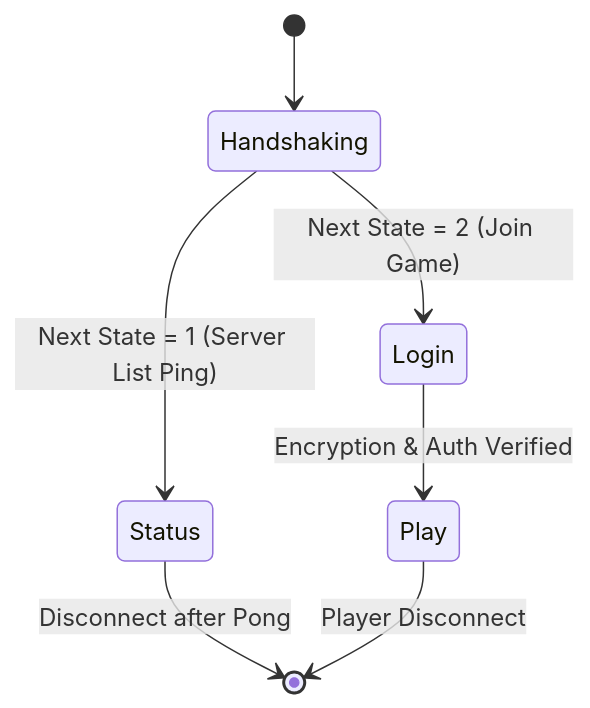
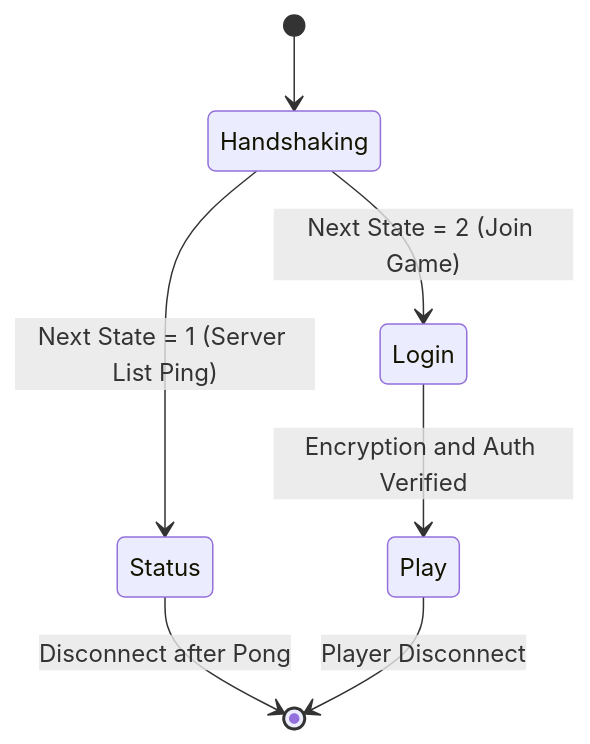
One commit to Bittu5134/bittu5134.github.io changed the diagram in src/content/blogs/reverse-engineering-minecraft-protocol.md. Above: the diagram before and after it, drawn with Mermaid. The commit also changed 24 other files, not shown here.

Commit message:
feat(blog): fix mermaid diagrams, add dark theme, littlefoot footnotes, and static indexing search

````diff
--- a/src/content/blogs/reverse-engineering-minecraft-protocol.md
+++ b/src/content/blogs/reverse-engineering-minecraft-protocol.md
@@ -23,9 +23,9 @@
 ```mermaid
 stateDiagram-v2
     [*] --> Handshaking
     Handshaking --> Status: Next State = 1 (Server List Ping)
     Handshaking --> Login: Next State = 2 (Join Game)
     Status --> [*]: Disconnect after Pong
-    Login --> Play: Encryption & Auth Verified
+    Login --> Play: Encryption and Auth Verified
     Play --> [*]: Player Disconnect
 ```
````
